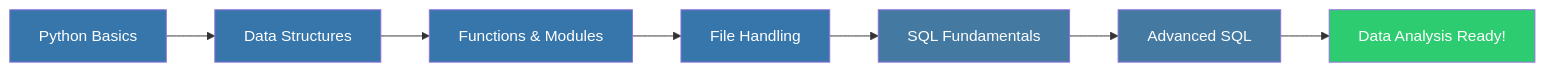
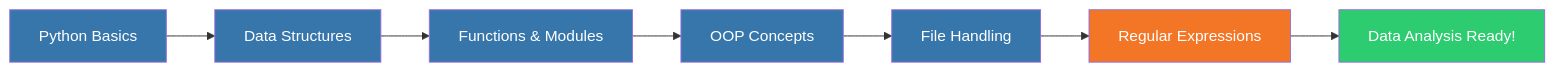
The diagram in README.md (AbhijayG1992/Python_For_Data_Analysis), drawn with Mermaid before and after one commit. The commit also changed other lines of this file and 3 other files, not shown here.

````diff
--- a/README.md
+++ b/README.md
@@ -159,17 +192,17 @@
 ```mermaid
 graph LR
     A[Python Basics] --> B[Data Structures]
     B --> C[Functions & Modules]
-    C --> D[File Handling]
-    D --> E[SQL Fundamentals]
-    E --> F[Advanced SQL]
+    C --> D[OOP Concepts]
+    D --> E[File Handling]
+    E --> F[Regular Expressions]
     F --> G[Data Analysis Ready!]
     
     style A fill:#3776AB,color:#fff
     style B fill:#3776AB,color:#fff
     style C fill:#3776AB,color:#fff
     style D fill:#3776AB,color:#fff
-    style E fill:#4479A1,color:#fff
-    style F fill:#4479A1,color:#fff
+    style E fill:#3776AB,color:#fff
+    style F fill:#F37626,color:#fff
     style G fill:#2ecc71,color:#fff
 ```
````
